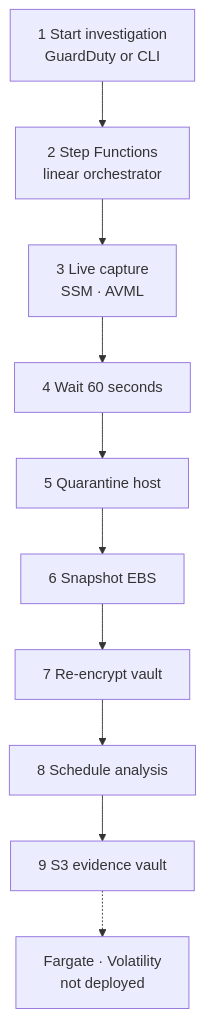
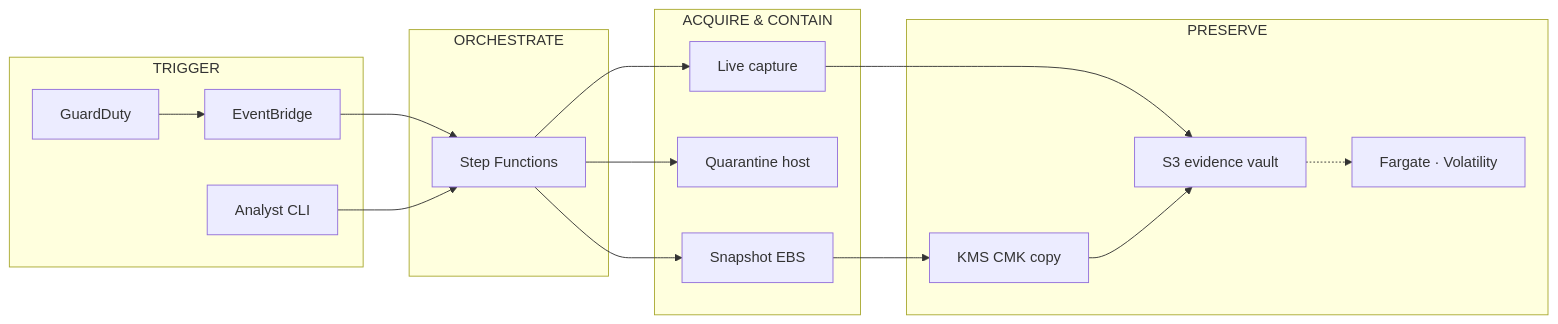
Before and after one commit to ritvikindupuri/aws-cloud-dfir: the diagram in README.md, drawn with Mermaid. The commit also changed other lines of this file and 2 other files, not shown here.

Commit message:
docs: redraw architecture as four left-to-right stage lanes (#3)
Replace the bare vertical list with a landscape figure: TRIGGER,
ORCHESTRATE, ACQUIRE & CONTAIN, and PRESERVE. Numbered orthogonal
arrows follow execution order (including the 60s wait). SSM uploads
and KMS encryption connect into the S3 vault. Optional Fargate /
Volatility is a dashed branch that reads from S3. README steps match
pills 1-8.

````diff
--- a/README.md
+++ b/README.md
@@ -29,12 +29,29 @@
 ```mermaid
-flowchart TD
-  N1["1 Start investigation<br/>GuardDuty or CLI"] --> N2["2 Step Functions<br/>linear orchestrator"]
-  N2 --> N3["3 Live capture<br/>SSM · AVML"]
-  N3 --> N4["4 Wait 60 seconds"]
-  N4 --> N5["5 Quarantine host"]
-  N5 --> N6["6 Snapshot EBS"]
-  N6 --> N7["7 Re-encrypt vault"]
-  N7 --> N8["8 Schedule analysis"]
-  N8 --> N9["9 S3 evidence vault"]
-  N9 -.-> N10["Fargate · Volatility<br/>not deployed"]
+flowchart LR
+  subgraph T["TRIGGER"]
+    GD["GuardDuty"] --> EB["EventBridge"]
+    CLI["Analyst CLI"]
+  end
+  subgraph O["ORCHESTRATE"]
+    SFN["Step Functions"]
+  end
+  subgraph A["ACQUIRE & CONTAIN"]
+    LIVE["Live capture"]
+    QUAR["Quarantine host"]
+    SNAP["Snapshot EBS"]
+  end
+  subgraph P["PRESERVE"]
+    S3["S3 evidence vault"]
+    KMS["KMS CMK copy"]
+    FV["Fargate · Volatility"]
+  end
+  EB --> SFN
+  CLI --> SFN
+  SFN --> LIVE
+  LIVE --> S3
+  SFN --> QUAR
+  SFN --> SNAP
+  SNAP --> KMS
+  KMS --> S3
+  S3 -.-> FV
 ```
````
